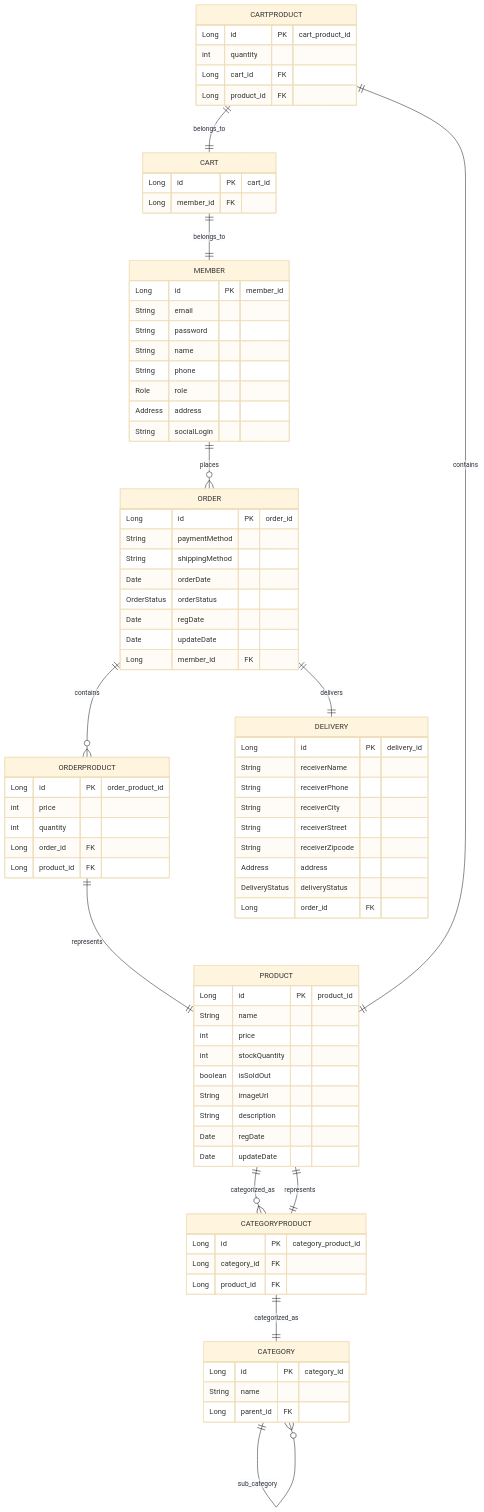
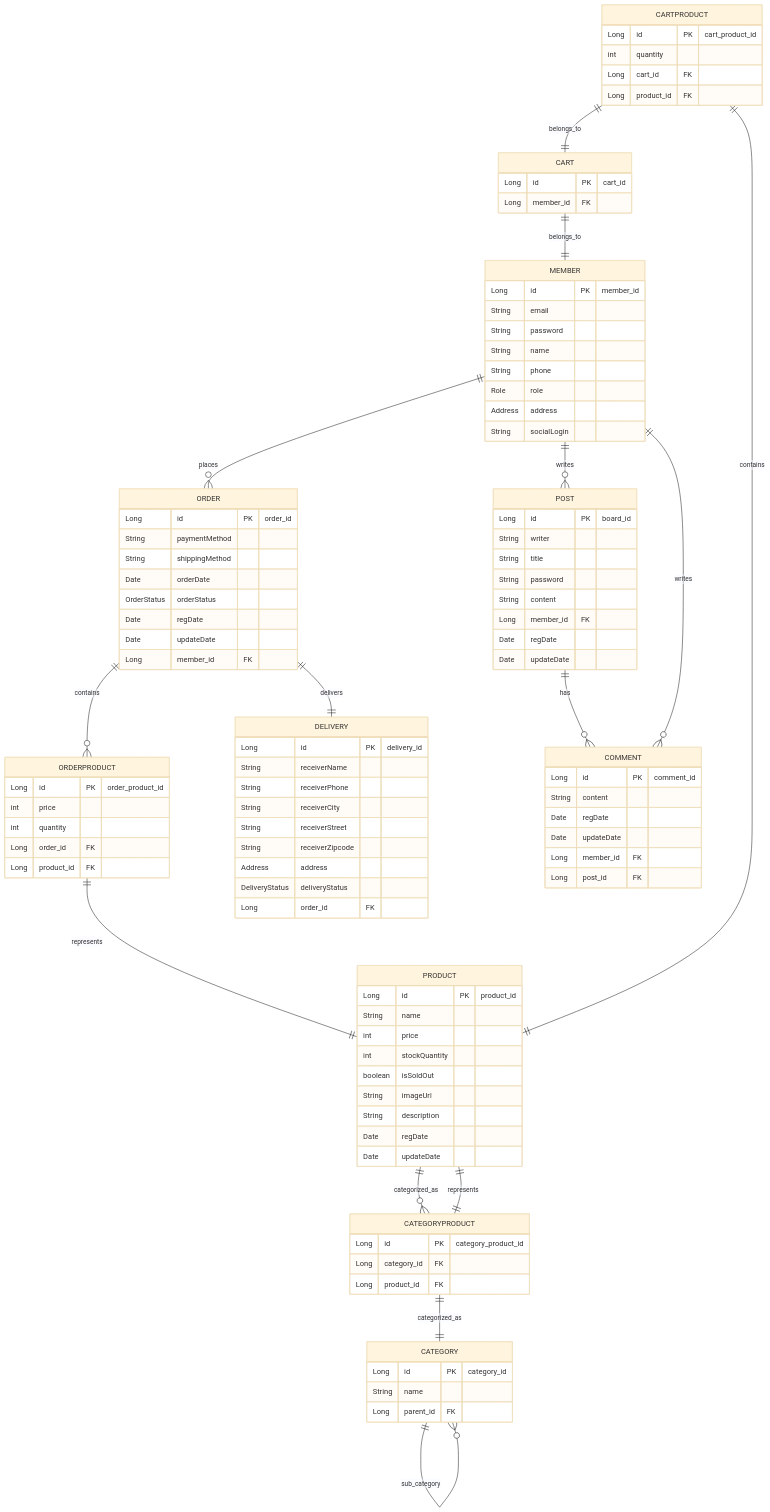
One commit to yuyt2012/testmall changed the diagram in README.md. Above: the diagram before and after it, drawn with Mermaid (base theme). The commit also changed 24 other files, not shown here.

````diff
--- a/README.md
+++ b/README.md
@@ -89,6 +89,24 @@
         Long cart_id FK
         Long product_id FK
     }
+    POST {
+        Long id PK "board_id"
+        String writer
+        String title
+        String password
+        String content
+        Long member_id FK
+        Date regDate
+        Date updateDate
+    }
+    COMMENT {
+        Long id PK "comment_id"
+        String content
+        Date regDate
+        Date updateDate
+        Long member_id FK
+        Long post_id FK
+    }
     MEMBER ||--o{ ORDER : "places"
     ORDER ||--o{ ORDERPRODUCT : "contains"
     ORDERPRODUCT ||--|| PRODUCT : "represents"
@@ -100,4 +118,7 @@
     CART ||--|| MEMBER : "belongs_to"
     CARTPRODUCT ||--|| CART : "belongs_to"
     CARTPRODUCT ||--|| PRODUCT : "contains"
+    MEMBER ||--o{ POST : "writes"
+    POST ||--o{ COMMENT : "has"
+    MEMBER ||--o{ COMMENT : "writes"
 ```
````
